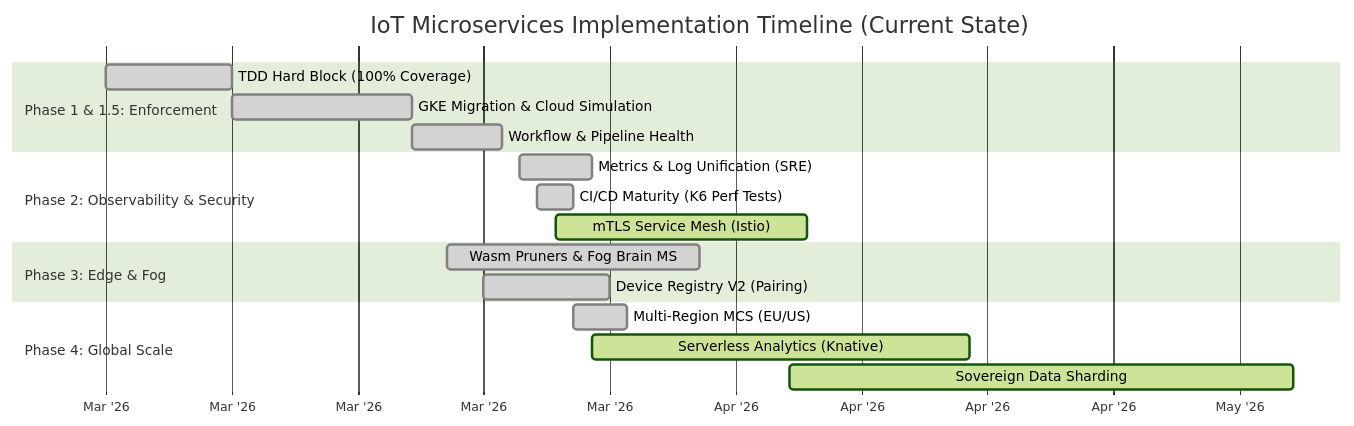
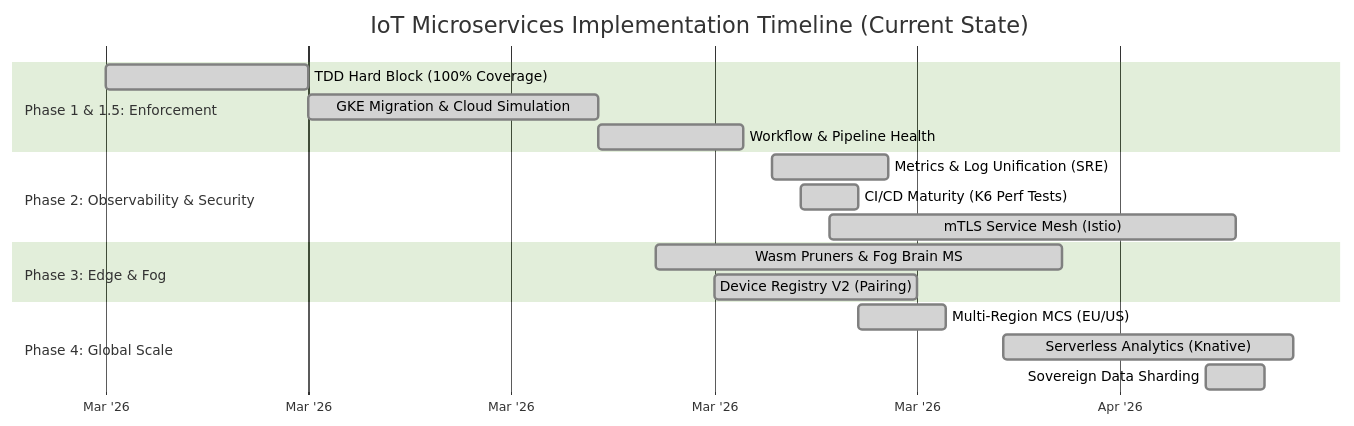
Before and after one commit to sergioitremotejobs2025-sketch/GreenHouse_Arduino: the diagram in Timeline.md, drawn with Mermaid (forest theme). The commit also changed other lines of this file and 5 other files, not shown here.

Commit message:
Update Timeline.md to mark all phases as completed and document zero-cost hibernation state.

````diff
--- a/Timeline.md
+++ b/Timeline.md
@@ -7,25 +7,25 @@
 ```mermaid
 gantt
     title IoT Microservices Implementation Timeline (Current State)
     dateFormat  YYYY-MM-DD
     axisFormat  %b '%y
     
     section Phase 1 & 1.5: Enforcement
     TDD Hard Block (100% Coverage) :done, p1_1, 2026-03-01, 7d
     GKE Migration & Cloud Simulation :done, p1_2, 2026-03-08, 10d
     Workflow & Pipeline Health       :done, p1_3, 2026-03-18, 5d
 
     section Phase 2: Observability & Security
     Metrics & Log Unification (SRE) :done, p2_1, 2026-03-24, 4d
     CI/CD Maturity (K6 Perf Tests)  :done, p2_2, 2026-03-25, 2d
-    mTLS Service Mesh (Istio)        :active, p2_3, 2026-03-26, 14d
+    mTLS Service Mesh (Istio)        :done, p2_3, 2026-03-26, 14d
 
     section Phase 3: Edge & Fog
     Wasm Pruners & Fog Brain MS    :done, p3_1, 2026-03-20, 14d
     Device Registry V2 (Pairing)   :done, p3_2, 2026-03-22, 7d
 
     section Phase 4: Global Scale
     Multi-Region MCS (EU/US)       :done, p4_1, 2026-03-27, 3d
-    Serverless Analytics (Knative) :active, p4_2, 2026-03-28, 21d
-    Sovereign Data Sharding        :active, p4_3, 2026-04-08, 28d
+    Serverless Analytics (Knative) :done, p4_2, 2026-04-01, 10d
+    Sovereign Data Sharding        :done, p4_3, 2026-04-08, 2d
 ```
````
